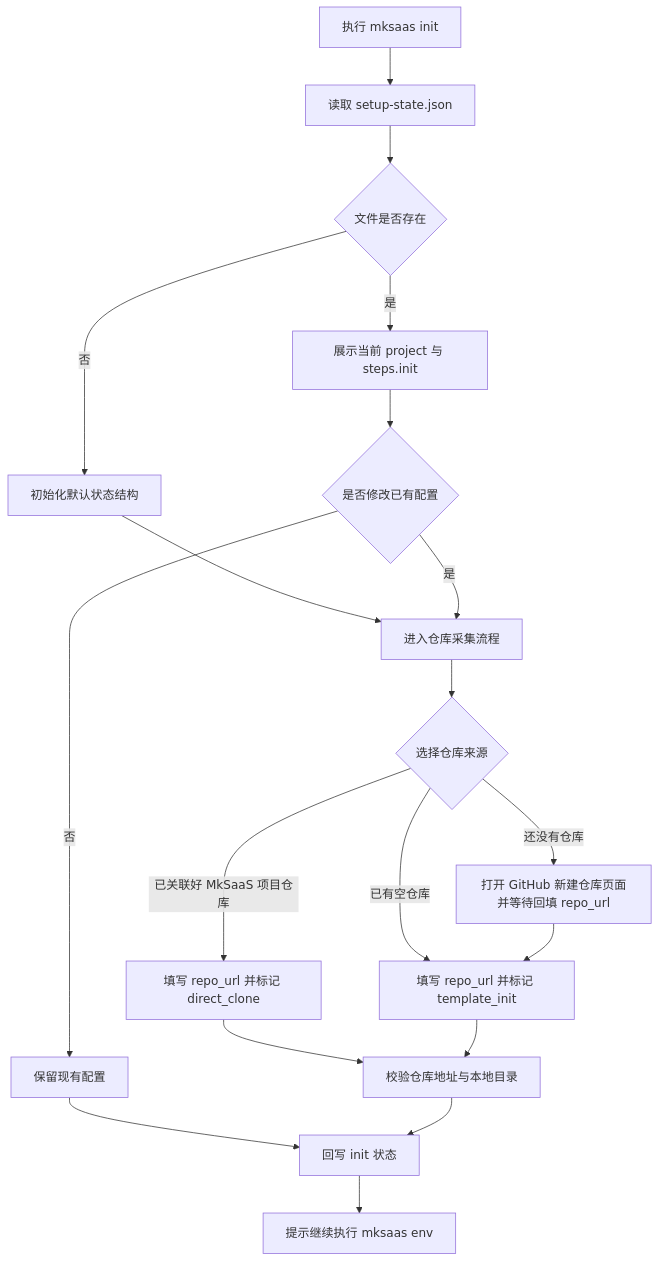
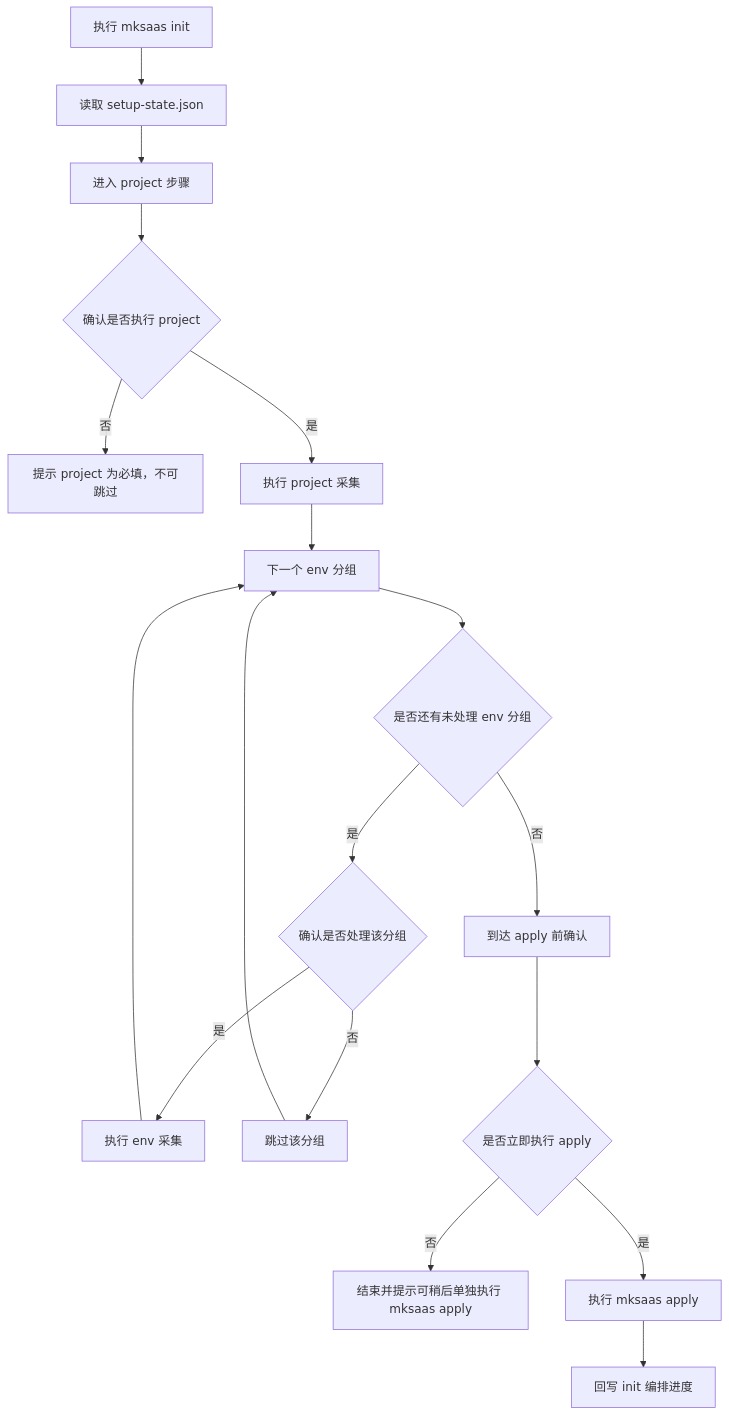
The first of 2 diagrams in docs/steps/01-init.md (CaffeineOddity/mksaas_command), drawn with Mermaid before and after one commit. The commit also changed other lines of this file and 4 other files, not shown here.

First line of the commit message:
docs: init 改为编排器 + 新增 project 命令 + 逐步可省 project

````diff
--- a/docs/steps/01-init.md
+++ b/docs/steps/01-init.md
@@ -54,21 +49,20 @@
 ```mermaid
 flowchart TD
     A[执行 mksaas init] --> B[读取 setup-state.json]
-    B --> C{文件是否存在}
-    C -->|否| D[初始化默认状态结构]
-    C -->|是| E[展示当前 project 与 steps.init]
-    D --> F[进入仓库采集流程]
-    E --> G{是否修改已有配置}
-    G -->|否| H[保留现有配置]
-    G -->|是| F
-    F --> I{选择仓库来源}
-    I -->|已关联好 MkSaaS 项目仓库| J[填写 repo_url 并标记 direct_clone]
-    I -->|已有空仓库| K[填写 repo_url 并标记 template_init]
-    I -->|还没有仓库| L[打开 GitHub 新建仓库页面并等待回填 repo_url]
-    L --> K
-    J --> M[校验仓库地址与本地目录]
-    K --> M
-    H --> N[回写 init 状态]
-    M --> N
-    N --> O[提示继续执行 mksaas env <group>]
+    B --> C[进入 project 步骤]
+    C --> D{确认是否执行 project}
+    D -->|否| E[提示 project 为必填，不可跳过]
+    D -->|是| F[执行 project 采集]
+    F --> G[下一个 env 分组]
+    G --> H{是否还有未处理 env 分组}
+    H -->|是| I{确认是否处理该分组}
+    I -->|是| J[执行 env 采集]
+    I -->|否| K[跳过该分组]
+    J --> G
+    K --> G
+    H -->|否| L[到达 apply 前确认]
+    L --> M{是否立即执行 apply}
+    M -->|否| N[结束并提示可稍后单独执行 mksaas apply]
+    M -->|是| O[执行 mksaas apply]
+    O --> P[回写 init 编排进度]
 ```
````
